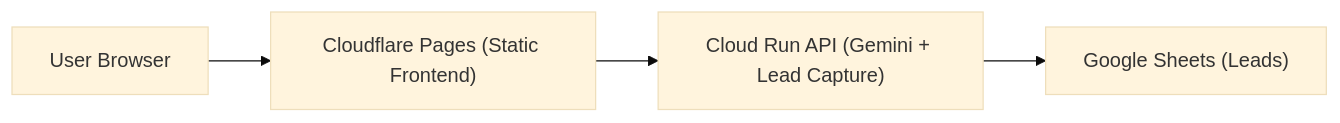
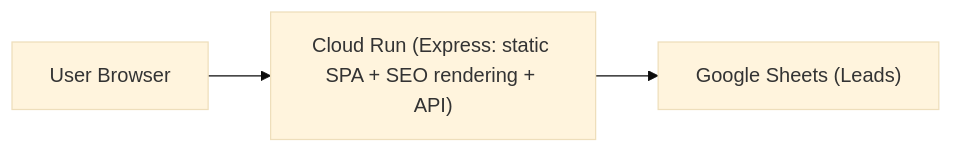
Before and after one commit to prasadt1/my-portfolio: the diagram in README.md, drawn with Mermaid (base theme). The commit also changed other lines of this file and 31 other files, not shown here.

````diff
--- a/README.md
+++ b/README.md
@@ -58,11 +58,9 @@
 ```mermaid
 flowchart LR
     user["User Browser"]
-    cf["Cloudflare Pages (Static Frontend)"]
-    api["Cloud Run API (Gemini + Lead Capture)"]
+    cr["Cloud Run (Express: static SPA + SEO rendering + API)"]
     gs["Google Sheets (Leads)"]
 
-    user --> cf
-    cf --> api
-    api --> gs
+    user --> cr
+    cr --> gs
 ```
````
